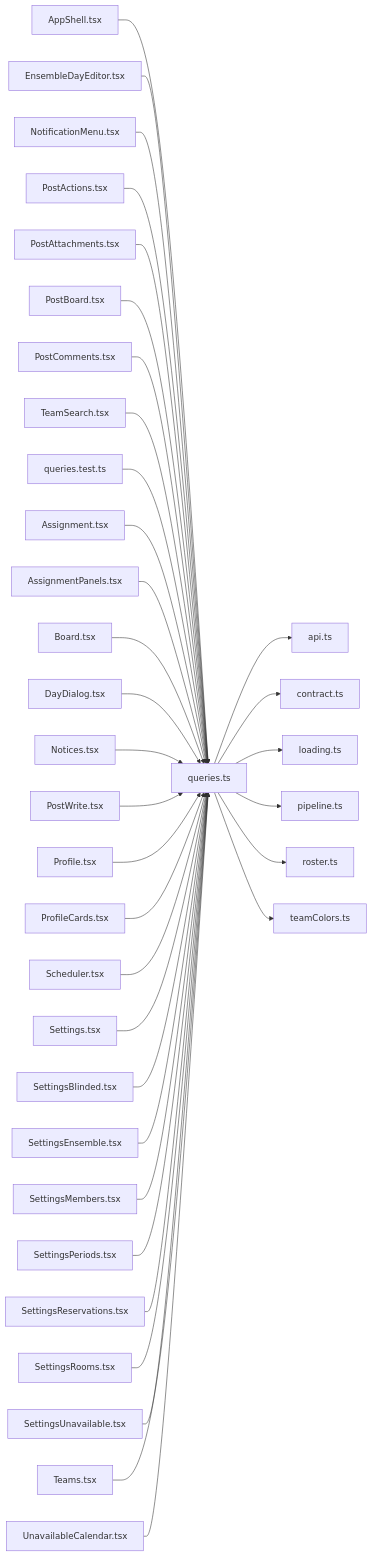
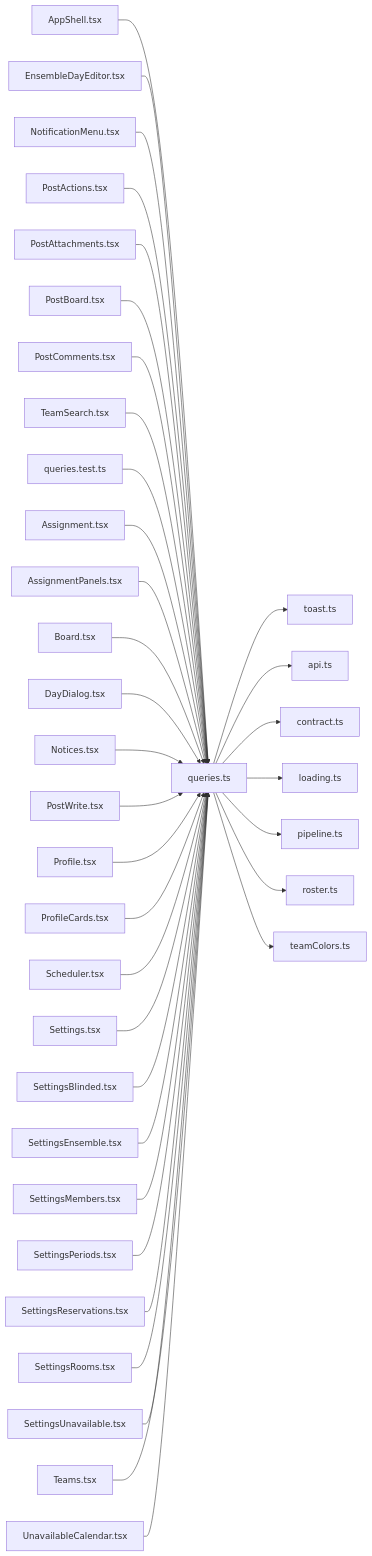
One commit to minkong-dev/Banblit changed the diagram in .cluedoc/graph/frontend/src/components/queries.md. Above: the diagram before and after it, drawn with Mermaid. The commit also changed other lines of this file and 15 other files, not shown here.

````diff
--- a/.cluedoc/graph/frontend/src/components/queries.md
+++ b/.cluedoc/graph/frontend/src/components/queries.md
@@ -10,38 +10,39 @@
 ```mermaid
 flowchart LR
   frontend_src_components_queries["queries.ts"]
+  frontend_src_components_queries --> frontend_src_components_toast["toast.ts"]
   frontend_src_components_queries --> frontend_src_lib_api["api.ts"]
   frontend_src_components_queries --> frontend_src_lib_contract["contract.ts"]
   frontend_src_components_queries --> frontend_src_lib_loading["loading.ts"]
   frontend_src_components_queries --> frontend_src_lib_pipeline["pipeline.ts"]
   frontend_src_components_queries --> frontend_src_lib_roster["roster.ts"]
   frontend_src_components_queries --> frontend_src_lib_teamColors["teamColors.ts"]
   frontend_src_components_AppShell["AppShell.tsx"] --> frontend_src_components_queries
   frontend_src_components_EnsembleDayEditor["EnsembleDayEditor.tsx"] --> frontend_src_components_queries
   frontend_src_components_NotificationMenu["NotificationMenu.tsx"] --> frontend_src_components_queries
   frontend_src_components_PostActions["PostActions.tsx"] --> frontend_src_components_queries
   frontend_src_components_PostAttachments["PostAttachments.tsx"] --> frontend_src_components_queries
   frontend_src_components_PostBoard["PostBoard.tsx"] --> frontend_src_components_queries
   frontend_src_components_PostComments["PostComments.tsx"] --> frontend_src_components_queries
   frontend_src_components_TeamSearch["TeamSearch.tsx"] --> frontend_src_components_queries
   frontend_src_components_queries_test["queries.test.ts"] --> frontend_src_components_queries
   frontend_src_routes_Assignment["Assignment.tsx"] --> frontend_src_components_queries
   frontend_src_routes_AssignmentPanels["AssignmentPanels.tsx"] --> frontend_src_components_queries
   frontend_src_routes_Board["Board.tsx"] --> frontend_src_components_queries
   frontend_src_routes_DayDialog["DayDialog.tsx"] --> frontend_src_components_queries
   frontend_src_routes_Notices["Notices.tsx"] --> frontend_src_components_queries
   frontend_src_routes_PostWrite["PostWrite.tsx"] --> frontend_src_components_queries
   frontend_src_routes_Profile["Profile.tsx"] --> frontend_src_components_queries
   frontend_src_routes_ProfileCards["ProfileCards.tsx"] --> frontend_src_components_queries
   frontend_src_routes_Scheduler["Scheduler.tsx"] --> frontend_src_components_queries
   frontend_src_routes_Settings["Settings.tsx"] --> frontend_src_components_queries
   frontend_src_routes_SettingsBlinded["SettingsBlinded.tsx"] --> frontend_src_components_queries
   frontend_src_routes_SettingsEnsemble["SettingsEnsemble.tsx"] --> frontend_src_components_queries
   frontend_src_routes_SettingsMembers["SettingsMembers.tsx"] --> frontend_src_components_queries
   frontend_src_routes_SettingsPeriods["SettingsPeriods.tsx"] --> frontend_src_components_queries
   frontend_src_routes_SettingsReservations["SettingsReservations.tsx"] --> frontend_src_components_queries
   frontend_src_routes_SettingsRooms["SettingsRooms.tsx"] --> frontend_src_components_queries
   frontend_src_routes_SettingsUnavailable["SettingsUnavailable.tsx"] --> frontend_src_components_queries
   frontend_src_routes_Teams["Teams.tsx"] --> frontend_src_components_queries
   frontend_src_routes_UnavailableCalendar["UnavailableCalendar.tsx"] --> frontend_src_components_queries
 ```
````
